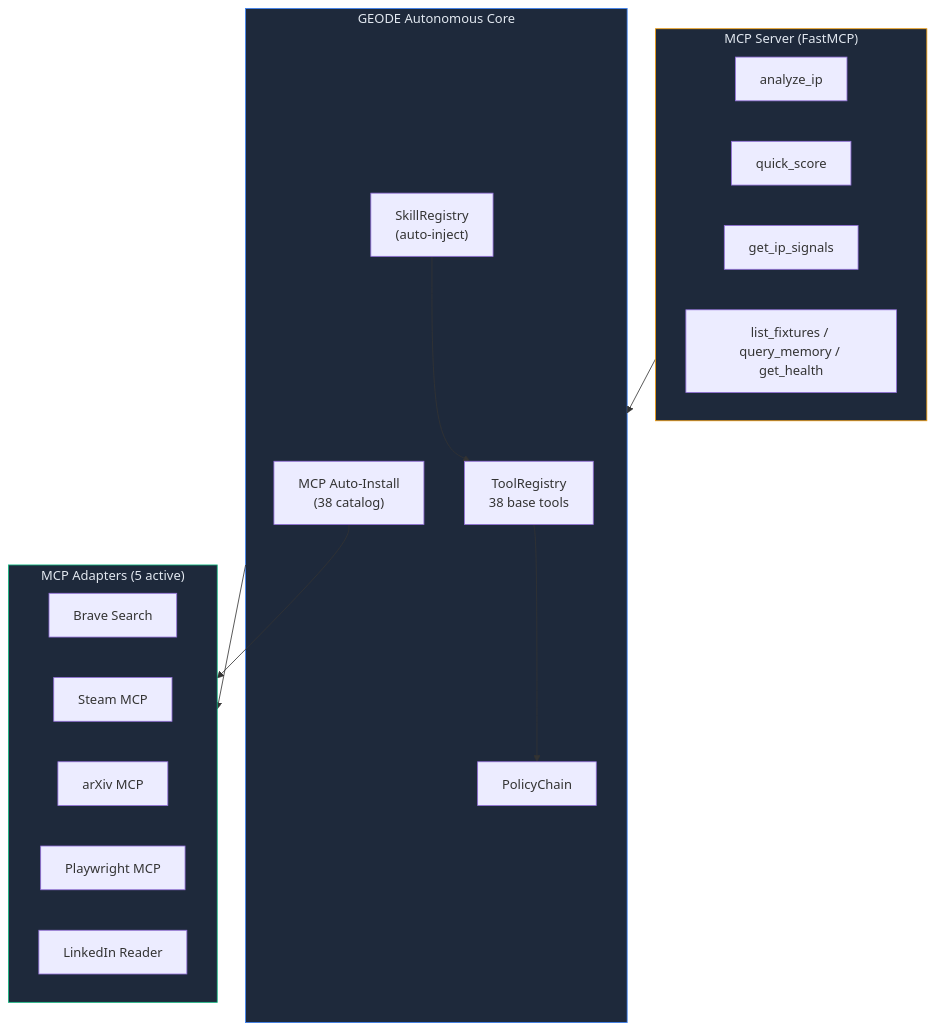
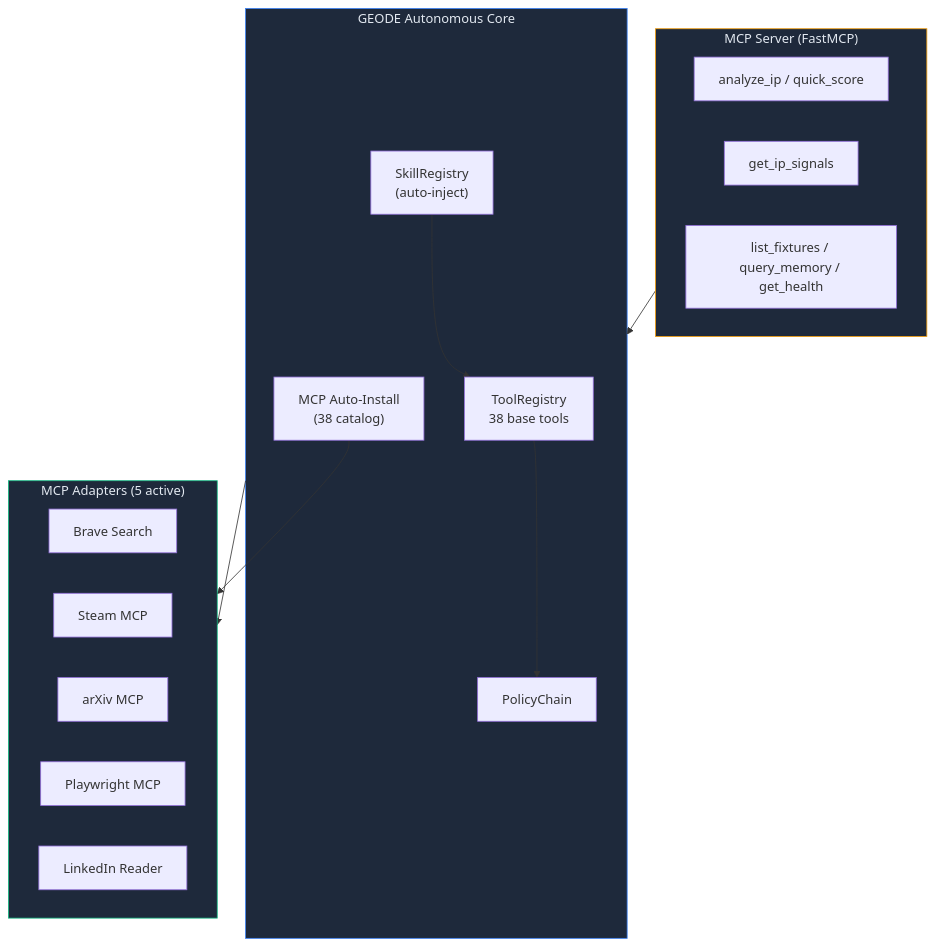
Before and after one commit to mangowhoiscloud/geode: the ninth of 11 diagrams in README.md, drawn with Mermaid. The commit also changed other lines of this file and 1 other file, not shown here.

````diff
--- a/README.md
+++ b/README.md
@@ -402,34 +402,33 @@
 ```mermaid
 graph TB
     subgraph GEODE["GEODE Autonomous Core"]
         Registry["ToolRegistry<br/>38 base tools"]
         Policy["PolicyChain"]
         SkillReg["SkillRegistry<br/>(auto-inject)"]
         MCPInstall["MCP Auto-Install<br/>(38 catalog)"]
     end
 
     subgraph MCPAdapters["MCP Adapters (5 active)"]
         Brave["Brave Search"]
         Steam["Steam MCP"]
         ArXiv["arXiv MCP"]
         PW["Playwright MCP"]
         LI["LinkedIn Reader"]
     end
 
     subgraph MCPServer["MCP Server (FastMCP)"]
-        T1["analyze_ip"]
-        T2["quick_score"]
-        T3["get_ip_signals"]
-        T4["list_fixtures / query_memory / get_health"]
+        T1["analyze_ip / quick_score"]
+        T2["get_ip_signals"]
+        T3["list_fixtures / query_memory / get_health"]
     end
 
     Registry --> Policy
     SkillReg --> Registry
     MCPInstall --> MCPAdapters
     GEODE --> MCPAdapters
     MCPServer --> GEODE
 
     style GEODE fill:#1e293b,stroke:#3b82f6,color:#e2e8f0
     style MCPAdapters fill:#1e293b,stroke:#10b981,color:#e2e8f0
     style MCPServer fill:#1e293b,stroke:#f59e0b,color:#e2e8f0
 ```
````
